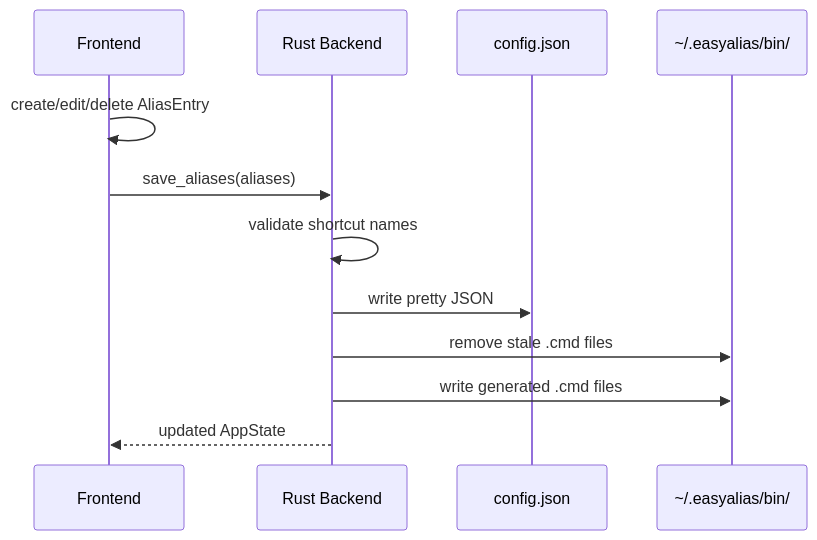
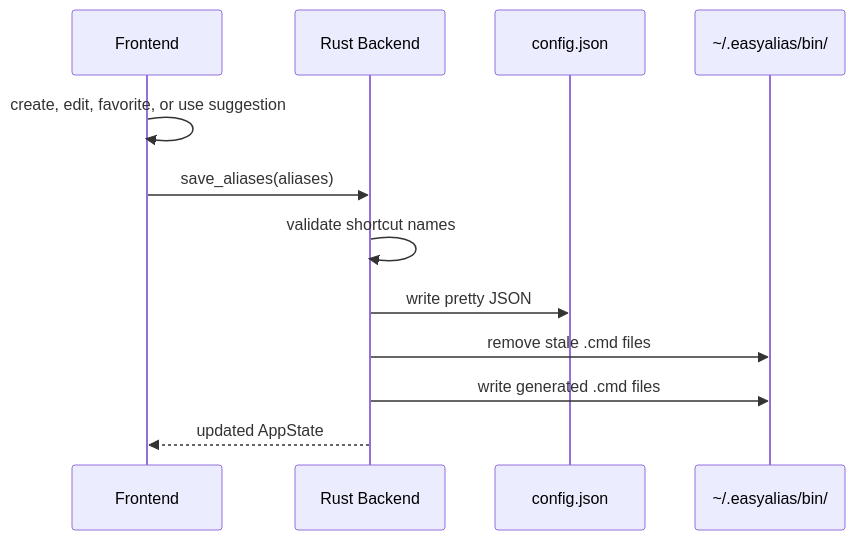
One commit to hannesgnann-hub/easyalias changed the seventh of 9 diagrams in windows_src/docs/ARCHITECTURE.md. Above: the diagram before and after it, drawn with Mermaid. The commit also changed other lines of this file and 16 other files, not shown here.

````diff
--- a/windows_src/docs/ARCHITECTURE.md
+++ b/windows_src/docs/ARCHITECTURE.md
@@ -243,15 +268,15 @@
 ```mermaid
 sequenceDiagram
   participant UI as Frontend
   participant Rust as Rust Backend
   participant Config as config.json
   participant Bin as ~/.easyalias/bin/
 
-  UI->>UI: create/edit/delete AliasEntry
+  UI->>UI: create, edit, favorite, or use suggestion
   UI->>Rust: save_aliases(aliases)
   Rust->>Rust: validate shortcut names
   Rust->>Config: write pretty JSON
   Rust->>Bin: remove stale .cmd files
   Rust->>Bin: write generated .cmd files
   Rust-->>UI: updated AppState
 ```
````
